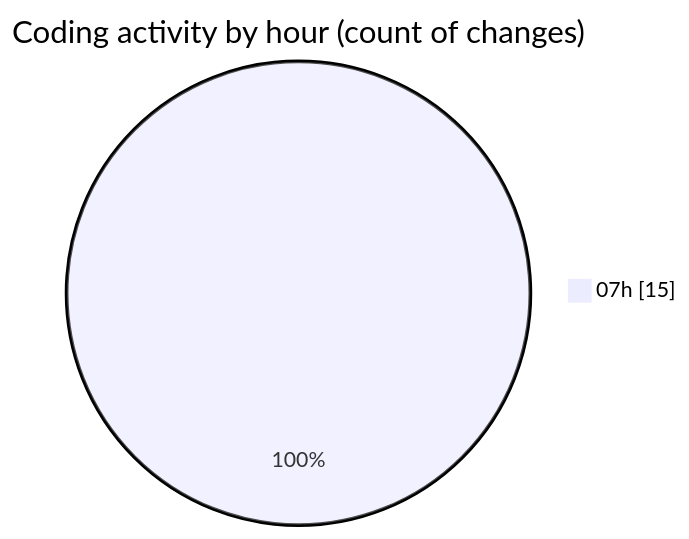
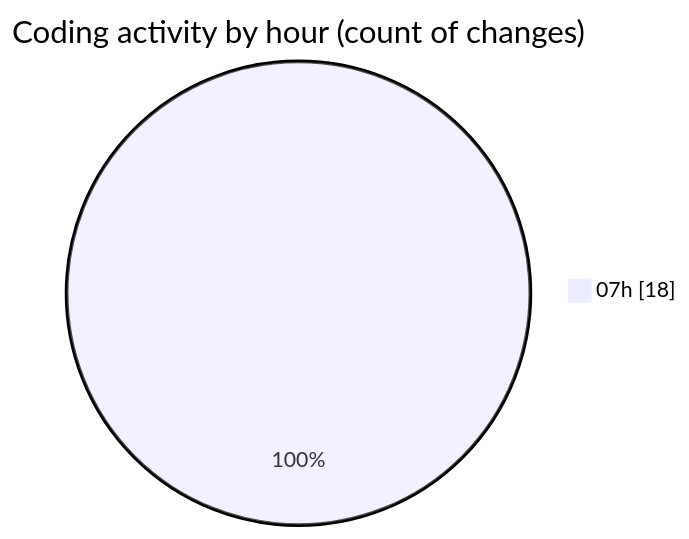
Before and after one commit to MatusMokan/code-tracking: the second of 2 diagrams in 2026-01-08/testuploaddovera/README.md, drawn with Mermaid. The commit also changed other lines of this file and 1 other file, not shown here.

````diff
--- a/2026-01-08/testuploaddovera/README.md
+++ b/2026-01-08/testuploaddovera/README.md
@@ -35,5 +35,5 @@
 ```mermaid
 pie showData
 title Coding activity by hour (count of changes)
-"07h" : 15
+"07h" : 18
 ```
````
